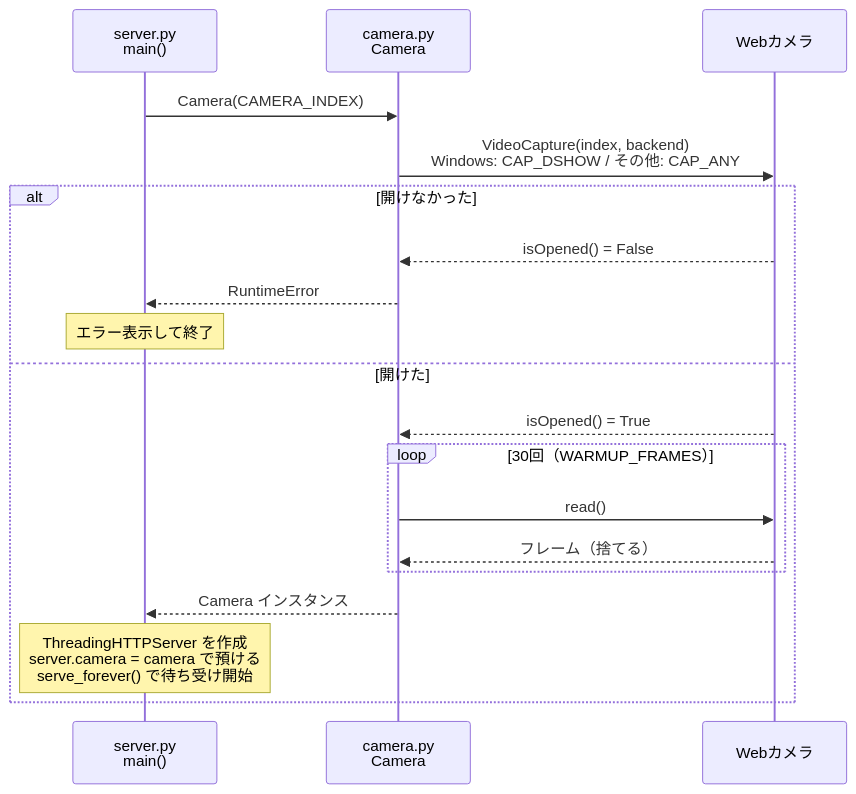
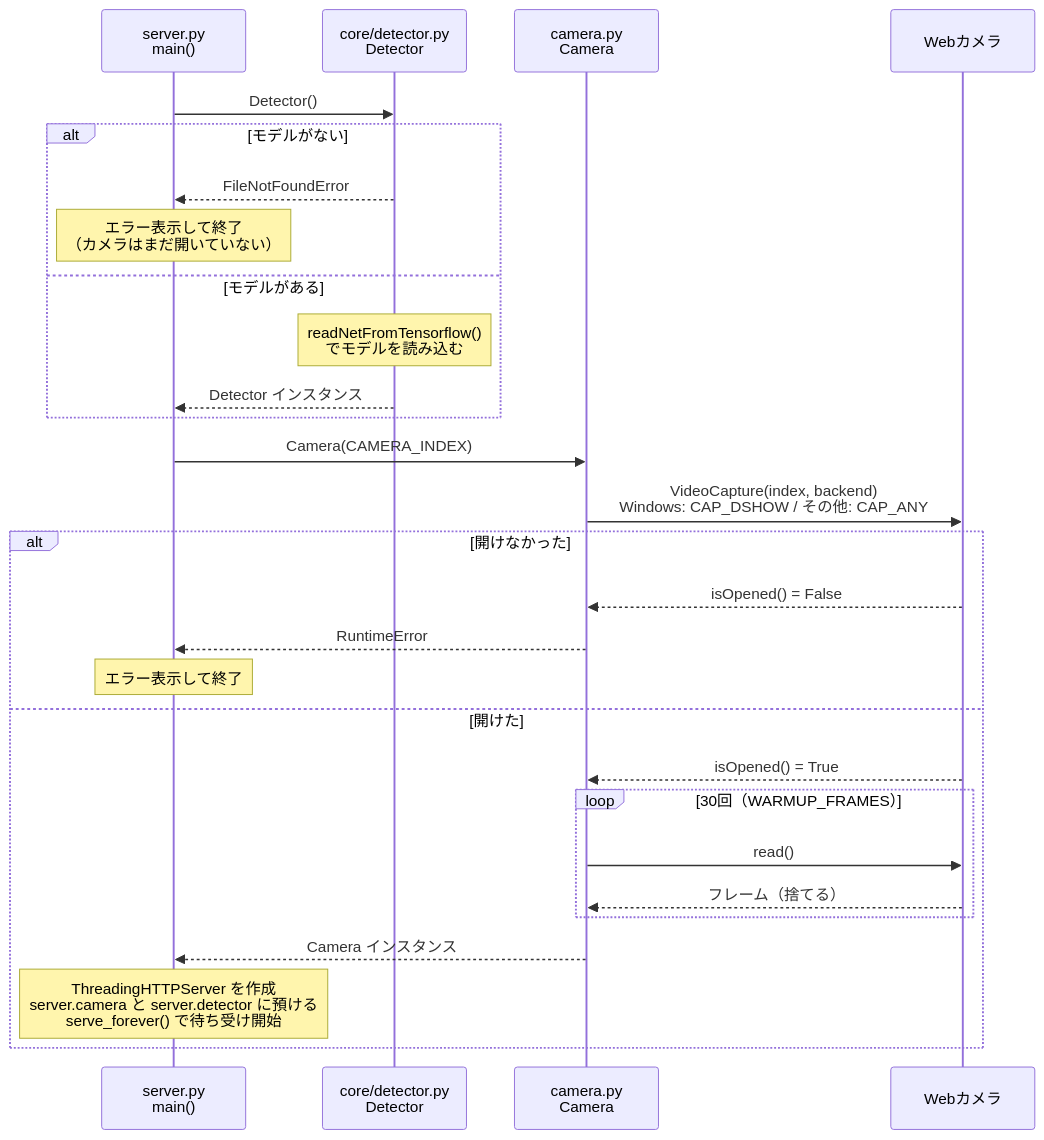
The first of 4 diagrams in local/EXPLANATION.md (shinonome404/webcam-vision), drawn with Mermaid before and after one commit. The commit also changed other lines of this file and 3 other files, not shown here.

Commit message:
README.mdの内容を更新し、物体判定の進捗を反映。detector.pyにスレッドセーフなロックを追加し、detectメソッドの処理を改善。EXPLANATION.mdに新しいファイルの役割を追加し、server.pyで物体検出機能を統合。

````diff
--- a/local/EXPLANATION.md
+++ b/local/EXPLANATION.md
@@ -28,22 +36,32 @@
 ```mermaid
 sequenceDiagram
     participant Main as server.py<br/>main()
+    participant Det as core/detector.py<br/>Detector
     participant Cam as camera.py<br/>Camera
     participant Dev as Webカメラ
+
+    Main->>Det: Detector()
+    alt モデルがない
+        Det-->>Main: FileNotFoundError
+        Note over Main: エラー表示して終了<br/>（カメラはまだ開いていない）
+    else モデルがある
+        Note over Det: readNetFromTensorflow()<br/>でモデルを読み込む
+        Det-->>Main: Detector インスタンス
+    end
 
     Main->>Cam: Camera(CAMERA_INDEX)
     Cam->>Dev: VideoCapture(index, backend)<br/>Windows: CAP_DSHOW / その他: CAP_ANY
     alt 開けなかった
         Dev-->>Cam: isOpened() = False
         Cam-->>Main: RuntimeError
         Note over Main: エラー表示して終了
     else 開けた
         Dev-->>Cam: isOpened() = True
         loop 30回（WARMUP_FRAMES）
             Cam->>Dev: read()
             Dev-->>Cam: フレーム（捨てる）
         end
         Cam-->>Main: Camera インスタンス
-        Note over Main: ThreadingHTTPServer を作成<br/>server.camera = camera で預ける<br/>serve_forever() で待ち受け開始
+        Note over Main: ThreadingHTTPServer を作成<br/>server.camera と server.detector に預ける<br/>serve_forever() で待ち受け開始
     end
 ```
````
